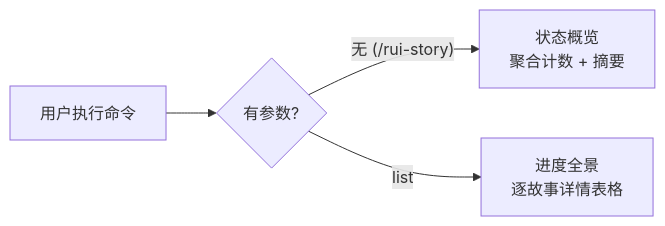
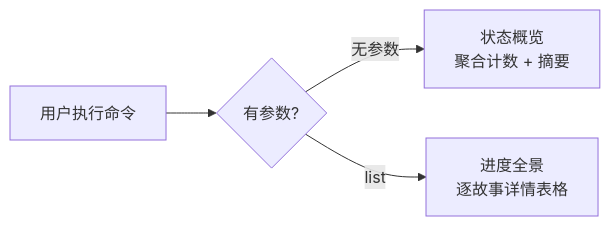
The third of 6 diagrams in docs/故事任务面板/rui-story/01-故事任务.md (effiy/YrY), drawn with Mermaid before and after one commit. The commit also changed other lines of this file and 6 other files, not shown here.

````diff
--- a/docs/故事任务面板/rui-story/01-故事任务.md
+++ b/docs/故事任务面板/rui-story/01-故事任务.md
@@ -79,6 +117,6 @@
 ```mermaid
 flowchart LR
     A["用户执行命令"] --> B{"有参数?"}
-    B -->|"无 (/rui-story)"| C["状态概览<br/>聚合计数 + 摘要"]
+    B -->|"无参数"| C["状态概览<br/>聚合计数 + 摘要"]
     B -->|"list"| D["进度全景<br/>逐故事详情表格"]
 ```
````
